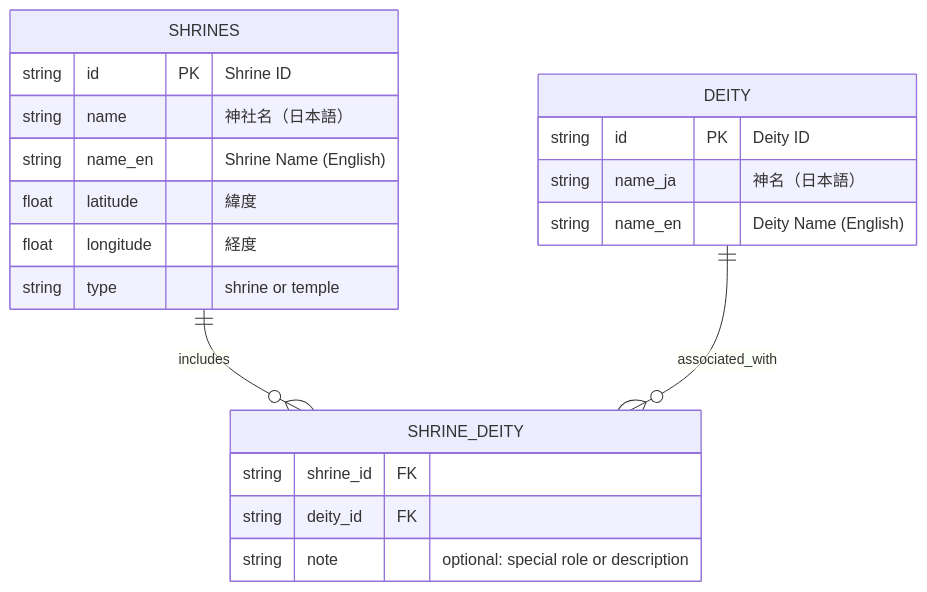
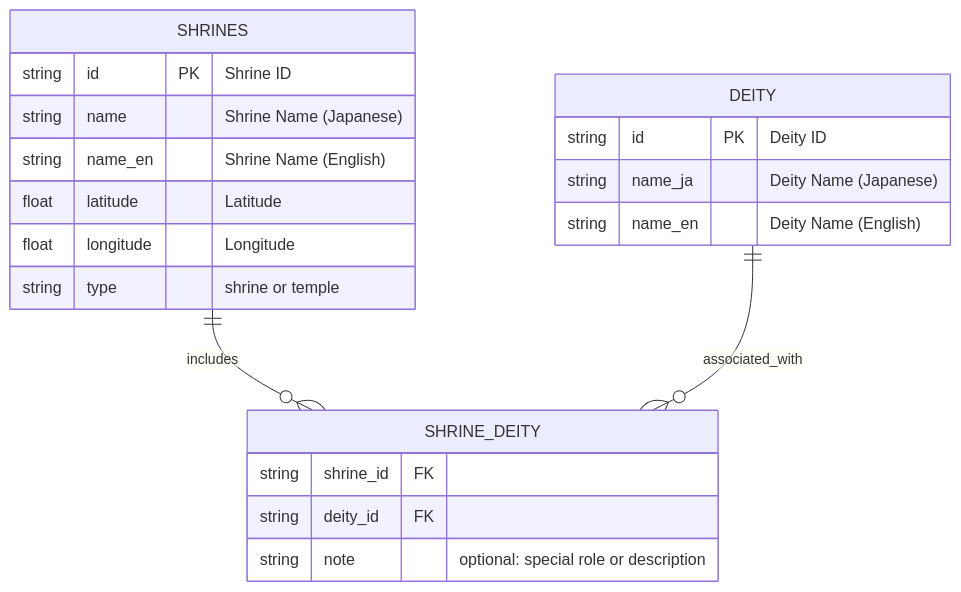
The diagram in projects/from-rdb-to-network/shrine-network/README.md (satoshi-create/complexity-and-network-webdesign), drawn with Mermaid before and after one commit. The commit also changed other lines of this file, not shown here.

````diff
--- a/projects/from-rdb-to-network/shrine-network/README.md
+++ b/projects/from-rdb-to-network/shrine-network/README.md
@@ -39,28 +30,26 @@
 ```mermaid
 erDiagram
   SHRINES ||--o{ SHRINE_DEITY : includes
   DEITY ||--o{ SHRINE_DEITY : associated_with
 
   SHRINES {
     string id PK "Shrine ID"
-    string name "神社名（日本語）"
+    string name "Shrine Name (Japanese)"
     string name_en "Shrine Name (English)"
-    float latitude "緯度"
-    float longitude "経度"
+    float latitude "Latitude"
+    float longitude "Longitude"
     string type "shrine or temple"
   }
 
   DEITY {
     string id PK "Deity ID"
-    string name_ja "神名（日本語）"
+    string name_ja "Deity Name (Japanese)"
     string name_en "Deity Name (English)"
-
   }
 
   SHRINE_DEITY {
     string shrine_id FK
     string deity_id FK
     string note "optional: special role or description"
   }
-
 ```
````
